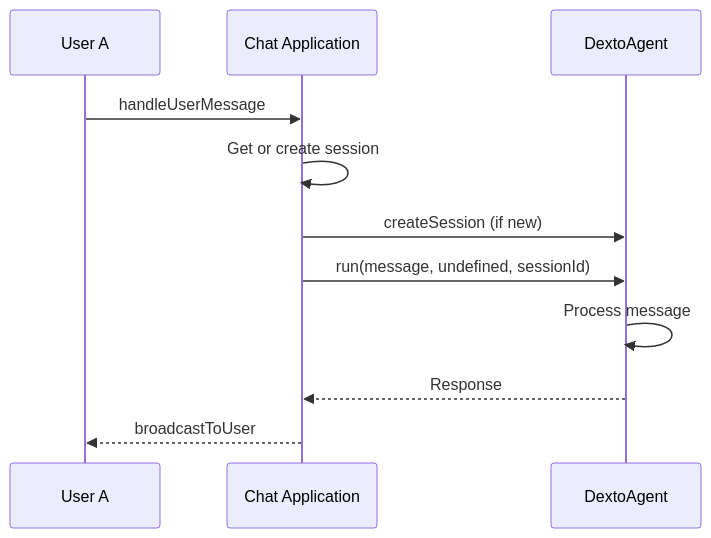
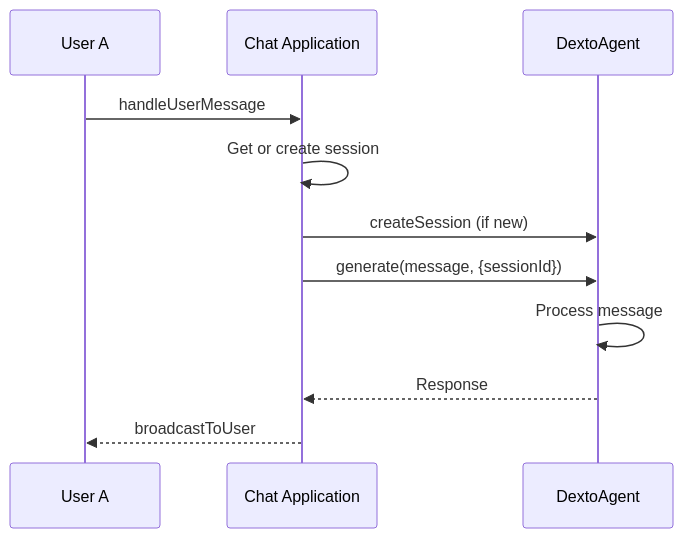
One commit to truffle-ai/dexto changed the first of 2 diagrams in docs/docs/guides/dexto-sdk.md. Above: the diagram before and after it, drawn with Mermaid. The commit also changed other lines of this file and 45 other files, not shown here.

````diff
--- a/docs/docs/guides/dexto-sdk.md
+++ b/docs/docs/guides/dexto-sdk.md
@@ -173,14 +186,14 @@
 ```mermaid
 sequenceDiagram
     participant User1 as User A
     participant ChatApp as Chat Application
     participant Agent as DextoAgent
 
     User1->>ChatApp: handleUserMessage
     ChatApp->>ChatApp: Get or create session
     ChatApp->>Agent: createSession (if new)
-    ChatApp->>Agent: run(message, undefined, sessionId)
+    ChatApp->>Agent: generate(message, {sessionId})
     Agent->>Agent: Process message
     Agent-->>ChatApp: Response
     ChatApp-->>User1: broadcastToUser
 ```
````
